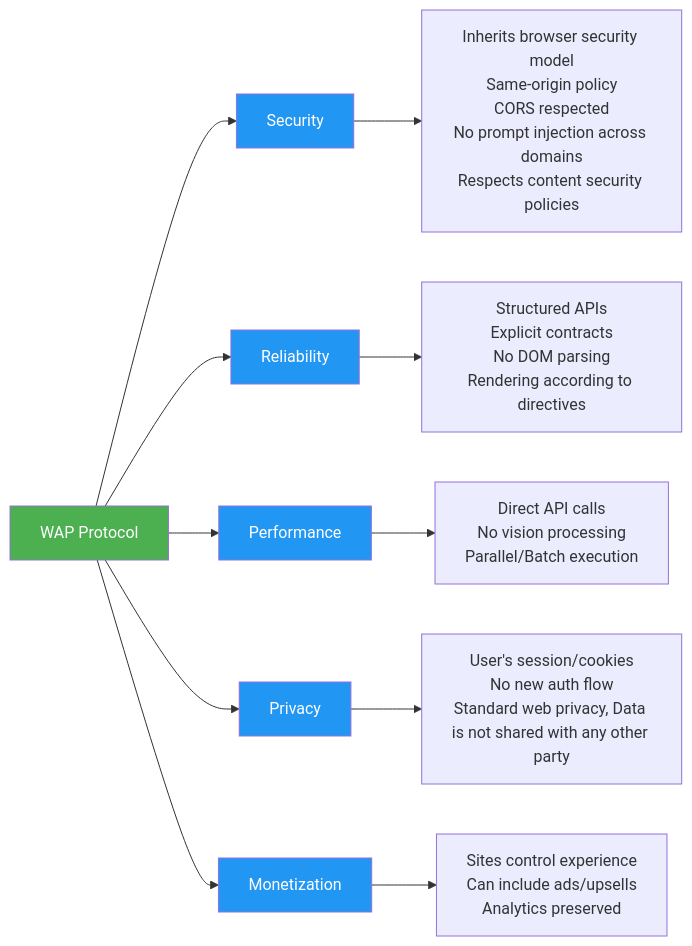
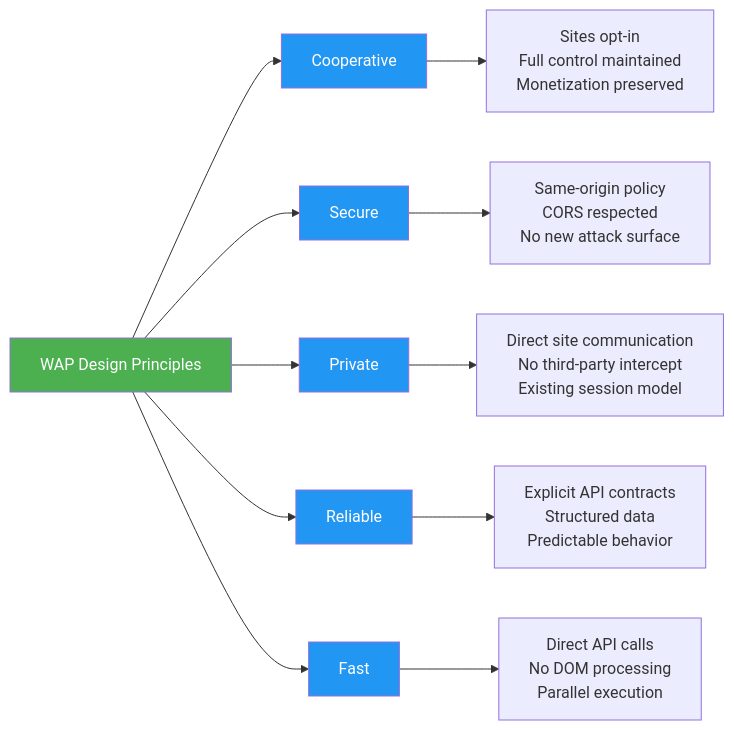
One commit to midearth-labs/web-agent-protocol changed the diagram in v0/announcement.md. Above: the diagram before and after it, drawn with Mermaid. The commit also changed other lines of this file and 9 other files, not shown here.

````diff
--- a/v0/announcement.md
+++ b/v0/announcement.md
@@ -205,25 +214,25 @@
 ```mermaid
 graph LR
-    A[WAP Protocol] --> B[Security]
-    A --> C[Reliability]
-    A --> D[Performance]
-    A --> E[Privacy]
-    A --> F[Monetization]
+    A[WAP Design Principles] --> B[Cooperative]
+    A --> C[Secure]
+    A --> D[Private]
+    A --> E[Reliable]
+    A --> F[Fast]
     
-    B --> B1[Inherits browser security model<br/>Same-origin policy<br/>CORS respected<br/>No prompt injection across domains<br/>Respects content security policies]
+    B --> B1[Sites opt-in<br/>Full control maintained<br/>Monetization preserved]
     
-    C --> C1[Structured APIs<br/>Explicit contracts<br/>No DOM parsing<br/>Rendering according to directives]
+    C --> C1[Same-origin policy<br/>CORS respected<br/>No new attack surface]
     
-    D --> D1[Direct API calls<br/>No vision processing<br/>Parallel/Batch execution]
+    D --> D1[Direct site communication<br/>No third-party intercept<br/>Existing session model]
     
-    E --> E1[User's session/cookies<br/>No new auth flow<br/>Standard web privacy, Data is not shared with any other party]
+    E --> E1[Explicit API contracts<br/>Structured data<br/>Predictable behavior]
     
-    F --> F1[Sites control experience<br/>Can include ads/upsells<br/>Analytics preserved]
+    F --> F1[Direct API calls<br/>No DOM processing<br/>Parallel execution]
     
     style A fill:#4CAF50,color:#fff
     style B fill:#2196F3,color:#fff
     style C fill:#2196F3,color:#fff
     style D fill:#2196F3,color:#fff
     style E fill:#2196F3,color:#fff
     style F fill:#2196F3,color:#fff
 ```
````
